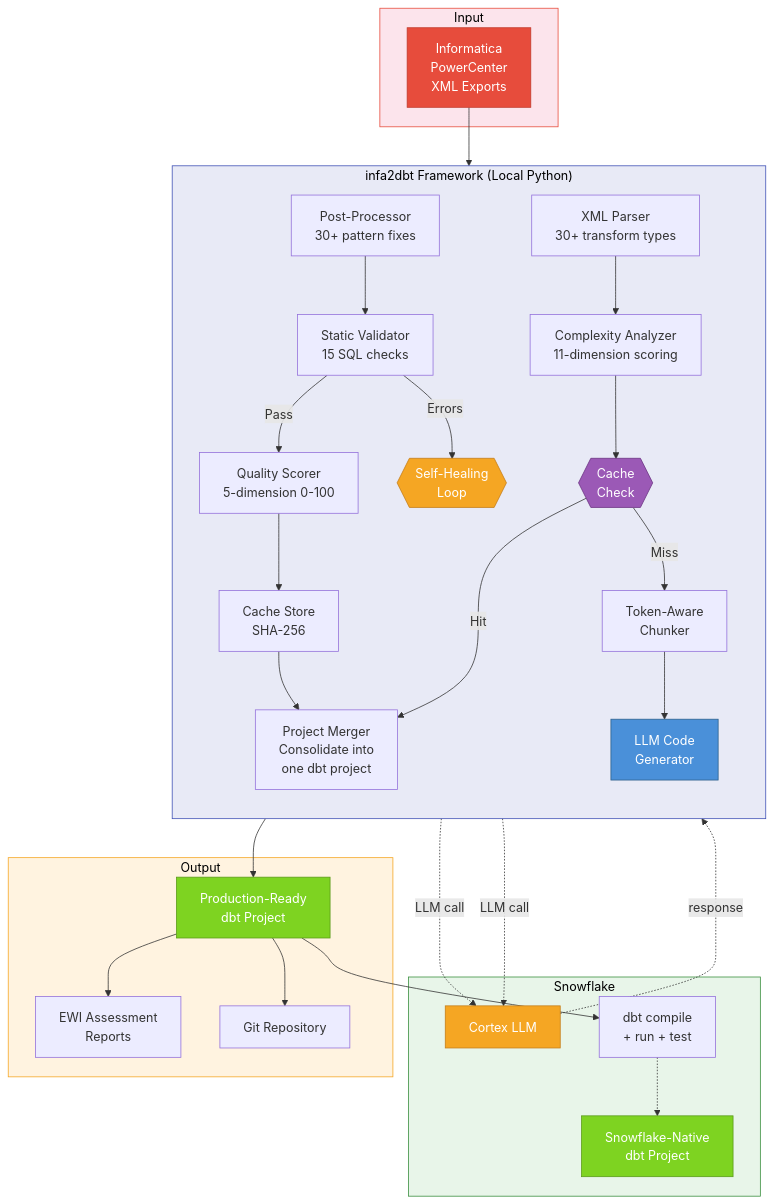
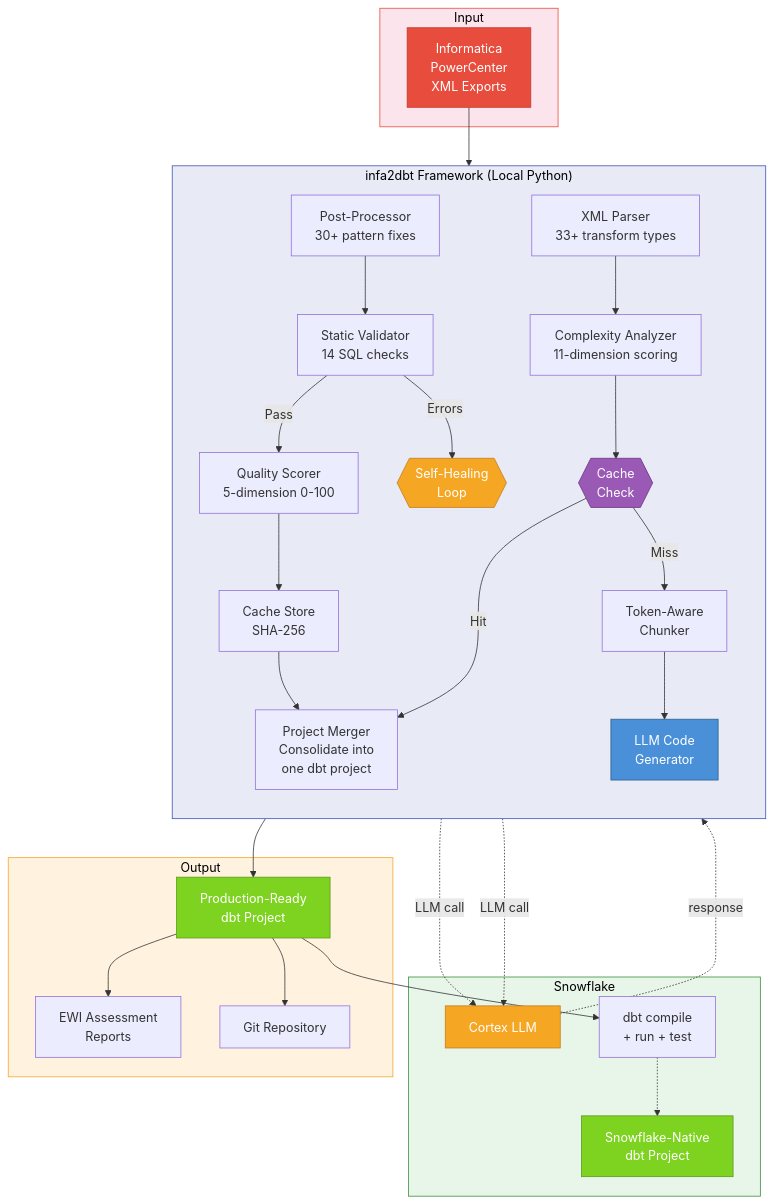
One commit to vicky437-ai/snowflake_rbac_tagging changed the third of 11 diagrams in datamodel/Final_Reviewd_Version/v2_production_ready_v1/Consolidated_Guide.md. Above: the diagram before and after it, drawn with Mermaid. The commit also changed other lines of this file and 5 other files, not shown here.

````diff
--- a/datamodel/Final_Reviewd_Version/v2_production_ready_v1/Consolidated_Guide.md
+++ b/datamodel/Final_Reviewd_Version/v2_production_ready_v1/Consolidated_Guide.md
@@ -94,65 +94,65 @@
 ```mermaid
 flowchart TB
     subgraph INPUT["Input"]
         XML["Informatica\nPowerCenter\nXML Exports"]
     end
 
     subgraph FRAMEWORK["infa2dbt Framework (Local Python)"]
         direction TB
-        PARSE["XML Parser\n30+ transform types"]
+        PARSE["XML Parser\n33+ transform types"]
         ANALYZE["Complexity Analyzer\n11-dimension scoring"]
         CACHE_CHK{{"Cache\nCheck"}}
         CHUNK["Token-Aware\nChunker"]
         GENERATE["LLM Code\nGenerator"]
 POSTPROC["Post-Processor\n30+ pattern fixes"]
-VALIDATE_S["Static Validator\n15 SQL checks"]
+VALIDATE_S["Static Validator\n14 SQL checks"]
         HEAL{{"Self-Healing\nLoop"}}
         SCORE["Quality Scorer\n5-dimension 0-100"]
         CACHE_ST["Cache Store\nSHA-256"]
         MERGE["Project Merger\nConsolidate into\none dbt project"]
     end
 
     subgraph SNOWFLAKE["Snowflake"]
         CORTEX["Cortex LLM"]
         COMPILE["dbt compile\n+ run + test"]
         DEPLOY_SF["Snowflake-Native\ndbt Project"]
     end
 
     subgraph OUTPUT["Output"]
         PROJECT["Production-Ready\ndbt Project"]
         REPORTS["EWI Assessment\nReports"]
         GIT["Git Repository"]
     end
 
     XML --> PARSE
     PARSE --> ANALYZE
     ANALYZE --> CACHE_CHK
     CACHE_CHK -->|"Hit"| MERGE
     CACHE_CHK -->|"Miss"| CHUNK
     CHUNK --> GENERATE
     GENERATE -.->|"LLM call"| CORTEX
     CORTEX -.->|"response"| POSTPROC
     POSTPROC --> VALIDATE_S
     VALIDATE_S -->|"Errors"| HEAL
     HEAL -.->|"LLM call"| CORTEX
     VALIDATE_S -->|"Pass"| SCORE
     SCORE --> CACHE_ST
     CACHE_ST --> MERGE
     MERGE --> PROJECT
     PROJECT --> COMPILE
     COMPILE -.-> DEPLOY_SF
     PROJECT --> REPORTS
     PROJECT --> GIT
 
     style INPUT fill:#fce4ec,stroke:#E74C3C,color:#000
     style FRAMEWORK fill:#e8eaf6,stroke:#3F51B5,color:#000
     style SNOWFLAKE fill:#e8f5e9,stroke:#388E3C,color:#000
     style OUTPUT fill:#fff3e0,stroke:#F5A623,color:#000
     style XML fill:#E74C3C,stroke:#C0392B,color:#fff
     style CORTEX fill:#F5A623,stroke:#C47D1A,color:#fff
     style DEPLOY_SF fill:#7ED321,stroke:#5A9A18,color:#fff
     style PROJECT fill:#7ED321,stroke:#5A9A18,color:#fff
     style GENERATE fill:#4A90D9,stroke:#2C5F8A,color:#fff
     style HEAL fill:#F5A623,stroke:#C47D1A,color:#fff
     style CACHE_CHK fill:#9B59B6,stroke:#6C3483,color:#fff
 ```
````
